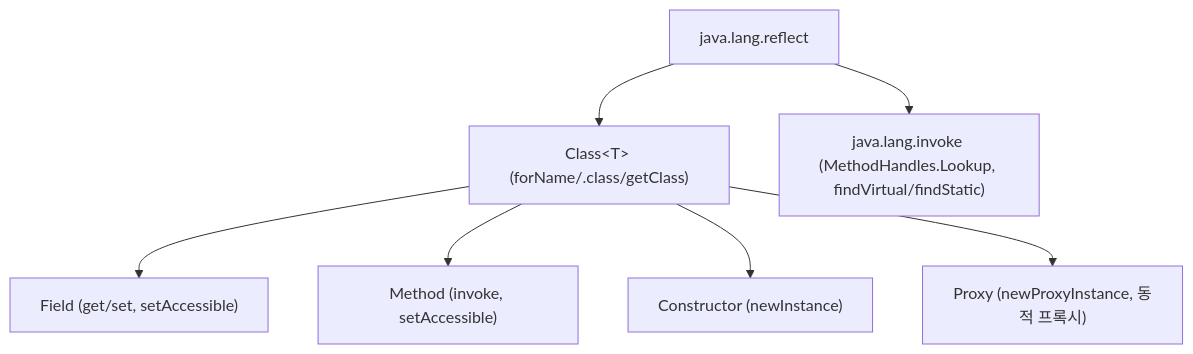
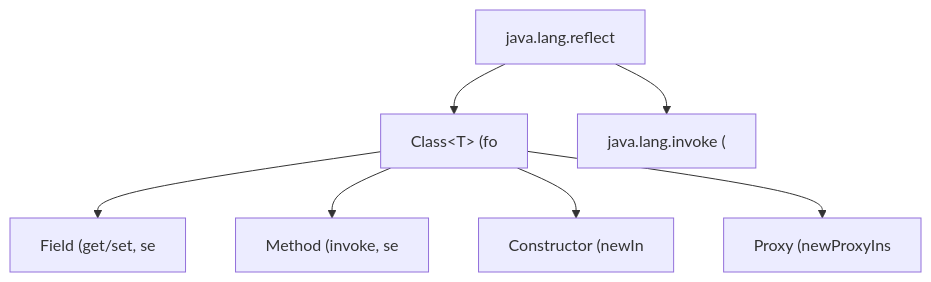
Before and after one commit to yjkim2015/yjkim2015.github.io: the fourth of 4 diagrams in _posts/java/2026-05-01-java-reflection.md, drawn with Mermaid. The commit also changed other lines of this file and 271 other files, not shown here.

First line of the commit message:
Mermaid 라벨 축소: 긴 노드 텍스트 18자 이하로 트림 + \n 제거

````diff
--- a/_posts/java/2026-05-01-java-reflection.md
+++ b/_posts/java/2026-05-01-java-reflection.md
@@ -1041,9 +1036,9 @@
 ```mermaid
 graph TD
-    REFLECT["java.lang.reflect"] --> CLASS["Class&lt;T&gt; (forName/.class/getClass)"]
-    CLASS --> FIELD["Field (get/set, setAccessible)"]
-    CLASS --> METHOD["Method (invoke, setAccessible)"]
-    CLASS --> CONSTRUCTOR["Constructor (newInstance)"]
-    CLASS --> PROXY["Proxy (newProxyInstance, 동적 프록시)"]
-    REFLECT --> INVOKE["java.lang.invoke (MethodHandles.Lookup, findVirtual/findStatic)"]
+    REFLECT["java.lang.reflect"] --> CLASS["Class&lt;T&gt; (fo"]
+    CLASS --> FIELD["Field (get/set, se"]
+    CLASS --> METHOD["Method (invoke, se"]
+    CLASS --> CONSTRUCTOR["Constructor (newIn"]
+    CLASS --> PROXY["Proxy (newProxyIns"]
+    REFLECT --> INVOKE["java.lang.invoke ("]
 ```
````
